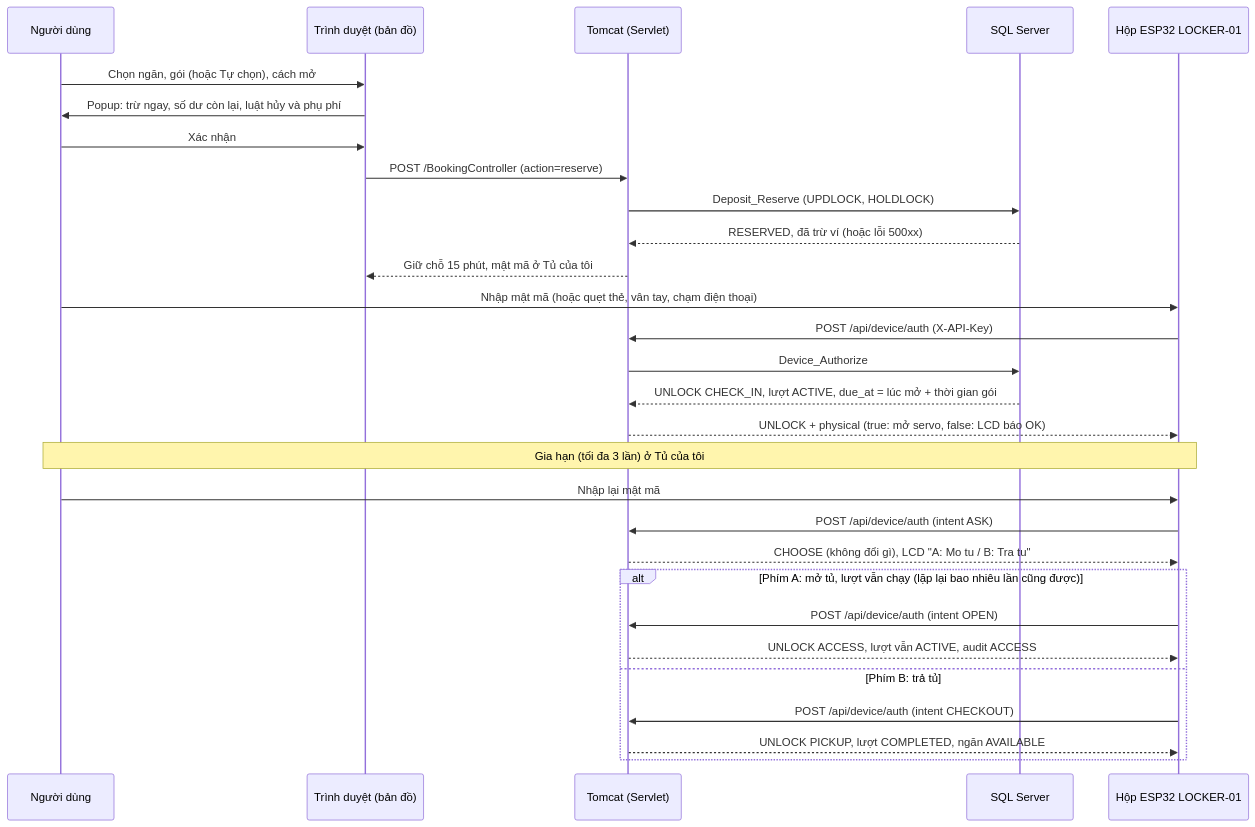
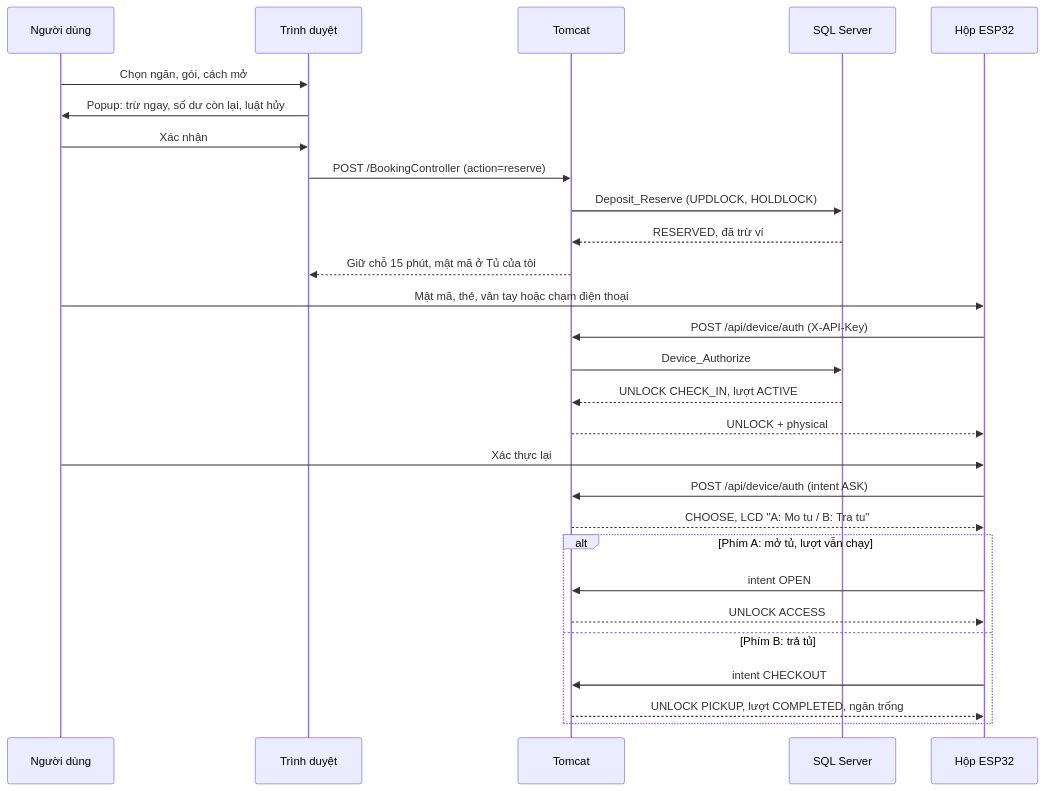
One commit to HoangDuc1003/SmartLocker changed the first of 4 diagrams in README.md. Above: the diagram before and after it, drawn with Mermaid. The commit also changed other lines of this file and 11 other files, not shown here.

````diff
--- a/README.md
+++ b/README.md
@@ -313,32 +287,31 @@
 ```mermaid
 sequenceDiagram
     participant U as Người dùng
-    participant W as Trình duyệt (bản đồ)
-    participant S as Tomcat (Servlet)
+    participant W as Trình duyệt
+    participant S as Tomcat
     participant D as SQL Server
-    participant B as Hộp ESP32 LOCKER-01
+    participant B as Hộp ESP32
 
-    U->>W: Chọn ngăn, gói (hoặc Tự chọn), cách mở
-    W->>U: Popup: trừ ngay, số dư còn lại, luật hủy và phụ phí
+    U->>W: Chọn ngăn, gói, cách mở
+    W->>U: Popup: trừ ngay, số dư còn lại, luật hủy
     U->>W: Xác nhận
     W->>S: POST /BookingController (action=reserve)
     S->>D: Deposit_Reserve (UPDLOCK, HOLDLOCK)
-    D-->>S: RESERVED, đã trừ ví (hoặc lỗi 500xx)
+    D-->>S: RESERVED, đã trừ ví
     S-->>W: Giữ chỗ 15 phút, mật mã ở Tủ của tôi
-    U->>B: Nhập mật mã (hoặc quẹt thẻ, vân tay, chạm điện thoại)
+    U->>B: Mật mã, thẻ, vân tay hoặc chạm điện thoại
     B->>S: POST /api/device/auth (X-API-Key)
     S->>D: Device_Authorize
-    D-->>S: UNLOCK CHECK_IN, lượt ACTIVE, due_at = lúc mở + thời gian gói
-    S-->>B: UNLOCK + physical (true: mở servo, false: LCD báo OK)
-    Note over U,B: Gia hạn (tối đa 3 lần) ở Tủ của tôi
-    U->>B: Nhập lại mật mã
+    D-->>S: UNLOCK CHECK_IN, lượt ACTIVE
+    S-->>B: UNLOCK + physical
+    U->>B: Xác thực lại
     B->>S: POST /api/device/auth (intent ASK)
-    S-->>B: CHOOSE (không đổi gì), LCD "A: Mo tu / B: Tra tu"
-    alt Phím A: mở tủ, lượt vẫn chạy (lặp lại bao nhiêu lần cũng được)
-        B->>S: POST /api/device/auth (intent OPEN)
-        S-->>B: UNLOCK ACCESS, lượt vẫn ACTIVE, audit ACCESS
+    S-->>B: CHOOSE, LCD "A: Mo tu / B: Tra tu"
+    alt Phím A: mở tủ, lượt vẫn chạy
+        B->>S: intent OPEN
+        S-->>B: UNLOCK ACCESS
     else Phím B: trả tủ
-        B->>S: POST /api/device/auth (intent CHECKOUT)
-        S-->>B: UNLOCK PICKUP, lượt COMPLETED, ngăn AVAILABLE
+        B->>S: intent CHECKOUT
+        S-->>B: UNLOCK PICKUP, lượt COMPLETED, ngăn trống
     end
 ```
````
